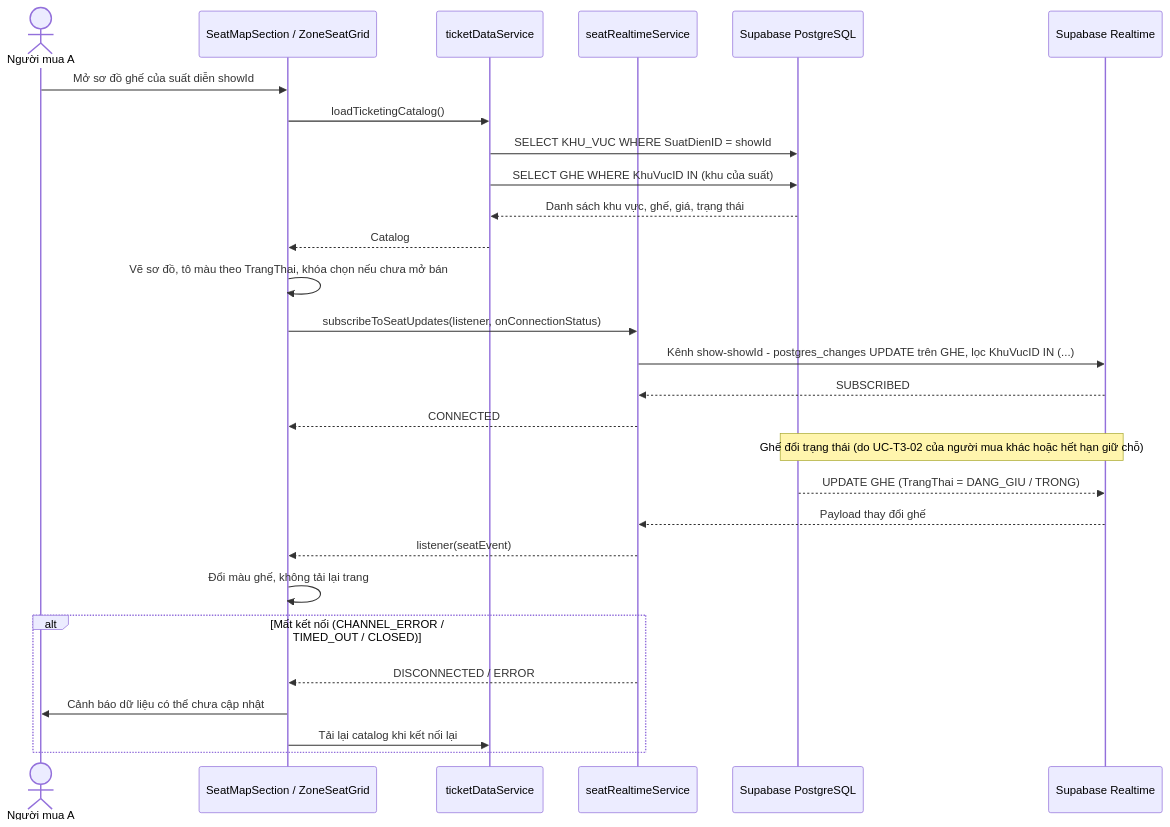
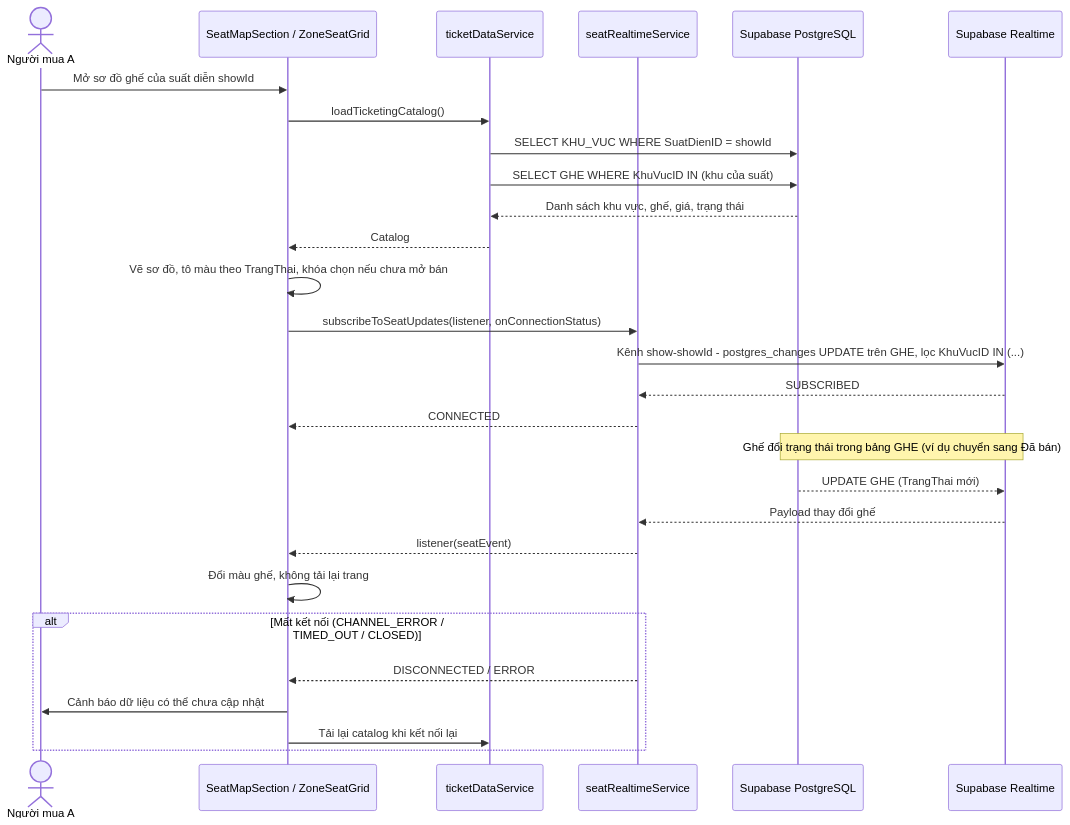
The seventh of 12 diagrams in docs/sprint1-deliverables/02_ANALYSIS_AND_SYSTEM_DESIGN.md (minhdc2011/EVENTTICKETING), drawn with Mermaid before and after one commit. The commit also changed other lines of this file and 4 other files, not shown here.

````diff
--- a/docs/sprint1-deliverables/02_ANALYSIS_AND_SYSTEM_DESIGN.md
+++ b/docs/sprint1-deliverables/02_ANALYSIS_AND_SYSTEM_DESIGN.md
@@ -482,31 +484,31 @@
 ```mermaid
 sequenceDiagram
   actor U as Người mua A
   participant UI as SeatMapSection / ZoneSeatGrid
   participant TDS as ticketDataService
   participant SRS as seatRealtimeService
   participant DB as Supabase PostgreSQL
   participant WS as Supabase Realtime
 
   U->>UI: Mở sơ đồ ghế của suất diễn showId
   UI->>TDS: loadTicketingCatalog()
   TDS->>DB: SELECT KHU_VUC WHERE SuatDienID = showId
   TDS->>DB: SELECT GHE WHERE KhuVucID IN (khu của suất)
   DB-->>TDS: Danh sách khu vực, ghế, giá, trạng thái
   TDS-->>UI: Catalog
   UI->>UI: Vẽ sơ đồ, tô màu theo TrangThai, khóa chọn nếu chưa mở bán
   UI->>SRS: subscribeToSeatUpdates(listener, onConnectionStatus)
   SRS->>WS: Kênh show-showId - postgres_changes UPDATE trên GHE, lọc KhuVucID IN (...)
   WS-->>SRS: SUBSCRIBED
   SRS-->>UI: CONNECTED
-  Note over DB,WS: Ghế đổi trạng thái (do UC-T3-02 của người mua khác hoặc hết hạn giữ chỗ)
-  DB-->>WS: UPDATE GHE (TrangThai = DANG_GIU / TRONG)
+  Note over DB,WS: Ghế đổi trạng thái trong bảng GHE (ví dụ chuyển sang Đã bán)
+  DB-->>WS: UPDATE GHE (TrangThai mới)
   WS-->>SRS: Payload thay đổi ghế
   SRS-->>UI: listener(seatEvent)
   UI->>UI: Đổi màu ghế, không tải lại trang
   alt Mất kết nối (CHANNEL_ERROR / TIMED_OUT / CLOSED)
     SRS-->>UI: DISCONNECTED / ERROR
     UI->>U: Cảnh báo dữ liệu có thể chưa cập nhật
     UI->>TDS: Tải lại catalog khi kết nối lại
   end
 ```
````
